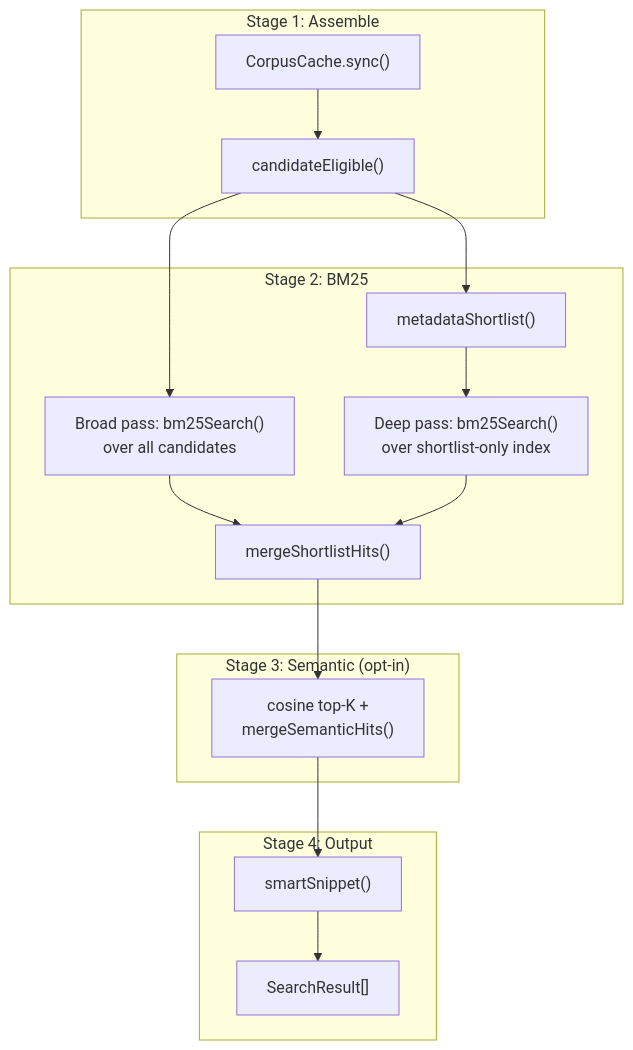
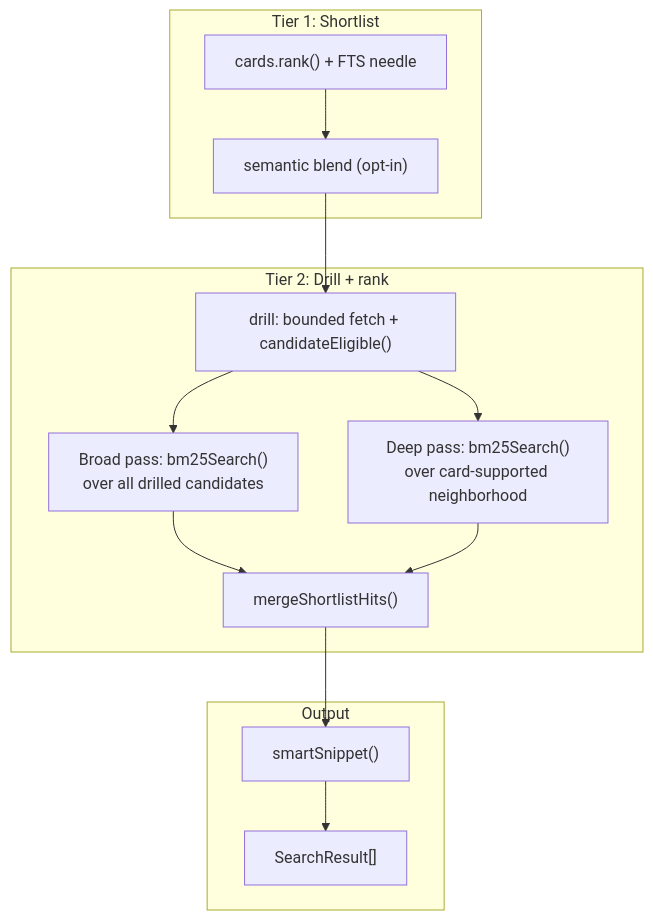
The third of 5 diagrams in CONTRIBUTING.md (rmk40/opencode-session-recall), drawn with Mermaid before and after one commit. The commit also changed other lines of this file and 3 other files, not shown here.

First line of the commit message:
docs(recall): rewrite README, AGENTS, CONTRIBUTING for round-4 architecture

````diff
--- a/CONTRIBUTING.md
+++ b/CONTRIBUTING.md
@@ -152,29 +163,23 @@
 ```mermaid
 flowchart TB
-    subgraph "Stage 1: Assemble"
-        Sync["CorpusCache.sync()"]
-        Sync --> Filter["candidateEligible()"]
+    subgraph "Tier 1: Shortlist"
+        Rank["cards.rank() + FTS needle"]
+        Rank --> Sem["semantic blend (opt-in)"]
     end
 
-    subgraph "Stage 2: BM25"
-        Broad["Broad pass: bm25Search()<br/>over all candidates"]
-        Shortlist["metadataShortlist()"]
-        Shortlist --> Deep["Deep pass: bm25Search()<br/>over shortlist-only index"]
+    subgraph "Tier 2: Drill + rank"
+        Drill["drill: bounded fetch + candidateEligible()"]
+        Drill --> Broad["Broad pass: bm25Search()<br/>over all drilled candidates"]
+        Drill --> Deep["Deep pass: bm25Search()<br/>over card-supported neighborhood"]
         Broad --> Merge["mergeShortlistHits()"]
         Deep --> Merge
     end
 
-    subgraph "Stage 3: Semantic (opt-in)"
-        Sem["cosine top-K +<br/>mergeSemanticHits()"]
-    end
-
-    subgraph "Stage 4: Output"
+    subgraph "Output"
         Snippet["smartSnippet()"]
         Snippet --> Results["SearchResult[]"]
     end
 
-    Filter --> Broad
-    Filter --> Shortlist
-    Merge --> Sem
-    Sem --> Snippet
+    Sem --> Drill
+    Merge --> Snippet
 ```
````
